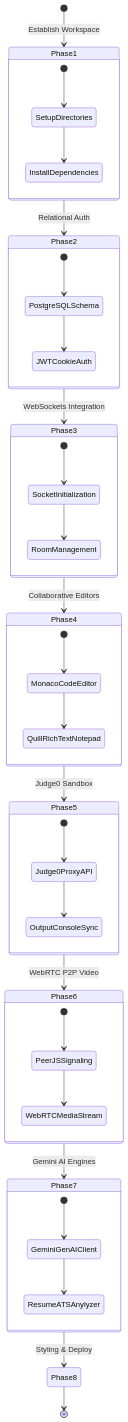
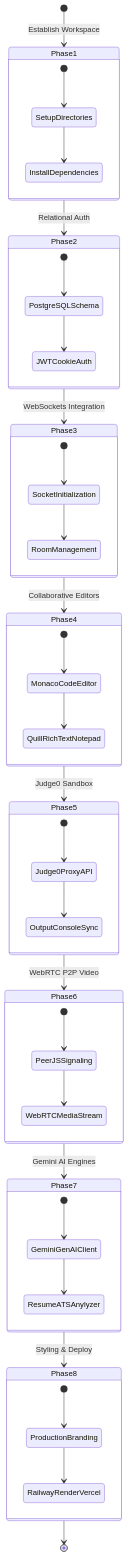
Before and after one commit to Vikal-Dubey/PeerPrep: the second of 2 diagrams in README.md, drawn with Mermaid. The commit also changed other lines of this file, not shown here.

````diff
--- a/README.md
+++ b/README.md
@@ -221,49 +221,54 @@
 ```mermaid
 stateDiagram-v2
     [*] --> Phase1: Establish Workspace
     Phase1 --> Phase2: Relational Auth
     Phase2 --> Phase3: WebSockets Integration
     Phase3 --> Phase4: Collaborative Editors
     Phase4 --> Phase5: Judge0 Sandbox
     Phase5 --> Phase6: WebRTC P2P Video
     Phase6 --> Phase7: Gemini AI Engines
     Phase7 --> Phase8: Styling & Deploy
     Phase8 --> [*]
 
     state Phase1 {
         [*] --> SetupDirectories
         SetupDirectories --> InstallDependencies
     }
     state Phase2 {
         [*] --> PostgreSQLSchema
         PostgreSQLSchema --> JWTCookieAuth
     }
     state Phase3 {
         [*] --> SocketInitialization
         SocketInitialization --> RoomManagement
     }
     state Phase4 {
         [*] --> MonacoCodeEditor
         MonacoCodeEditor --> QuillRichTextNotepad
     }
     state Phase5 {
         [*] --> Judge0ProxyAPI
         Judge0ProxyAPI --> OutputConsoleSync
     }
     state Phase6 {
         [*] --> PeerJSSignaling
         PeerJSSignaling --> WebRTCMediaStream
     }
     state Phase7 {
         [*] --> GeminiGenAIClient
         GeminiGenAIClient --> ResumeATSAnylyzer
     }
+    state Phase8 {
+        [*] --> ProductionBranding
+        ProductionBranding --> RailwayRenderVercel
+    }
 
     style Phase1 fill:#10b981,color:#fff
     style Phase2 fill:#10b981,color:#fff
     style Phase3 fill:#10b981,color:#fff
     style Phase4 fill:#10b981,color:#fff
     style Phase5 fill:#10b981,color:#fff
     style Phase6 fill:#10b981,color:#fff
     style Phase7 fill:#10b981,color:#fff
+    style Phase8 fill:#10b981,color:#fff
 ```
````
